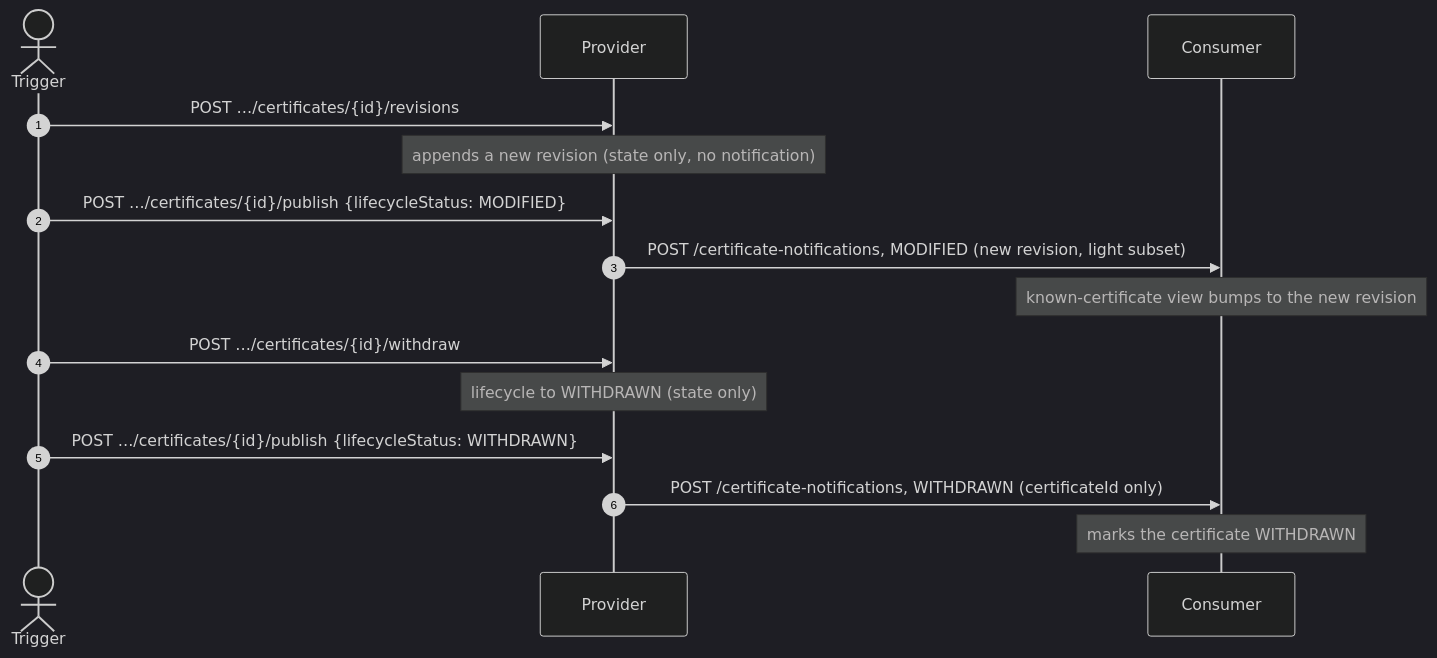
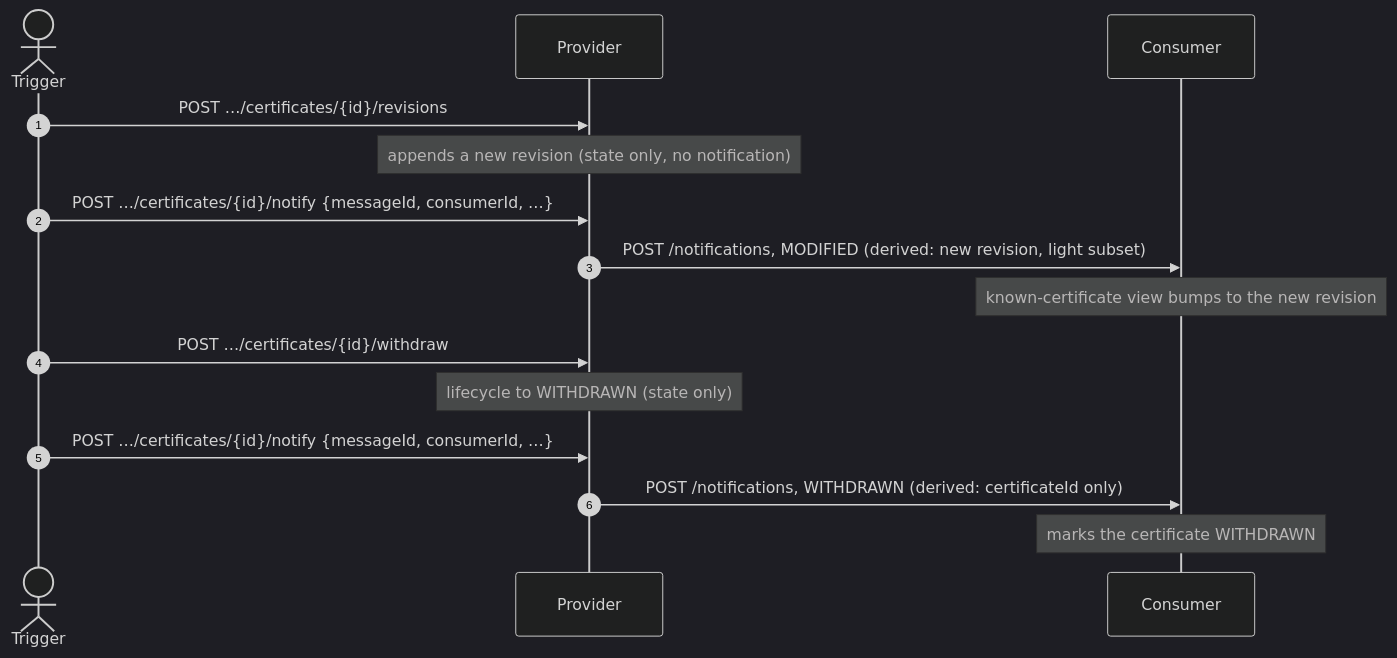
The fourth of 5 diagrams in docs/FLOWS.md (Metaform/certo), drawn with Mermaid (dark theme) before and after one commit. The commit also changed other lines of this file and 163 other files, not shown here.

````diff
--- a/docs/FLOWS.md
+++ b/docs/FLOWS.md
@@ -191,17 +189,17 @@
 ```mermaid
 sequenceDiagram
     autonumber
     actor T as Trigger
     participant P as Provider
     participant C as Consumer
     T->>P: POST …/certificates/{id}/revisions
     Note over P: appends a new revision (state only, no notification)
-    T->>P: POST …/certificates/{id}/publish {lifecycleStatus: MODIFIED}
-    P->>C: POST /certificate-notifications, MODIFIED (new revision, light subset)
+    T->>P: POST …/certificates/{id}/notify {messageId, consumerId, …}
+    P->>C: POST /notifications, MODIFIED (derived: new revision, light subset)
     Note over C: known-certificate view bumps to the new revision
     T->>P: POST …/certificates/{id}/withdraw
     Note over P: lifecycle to WITHDRAWN (state only)
-    T->>P: POST …/certificates/{id}/publish {lifecycleStatus: WITHDRAWN}
-    P->>C: POST /certificate-notifications, WITHDRAWN (certificateId only)
+    T->>P: POST …/certificates/{id}/notify {messageId, consumerId, …}
+    P->>C: POST /notifications, WITHDRAWN (derived: certificateId only)
     Note over C: marks the certificate WITHDRAWN
 ```
````
